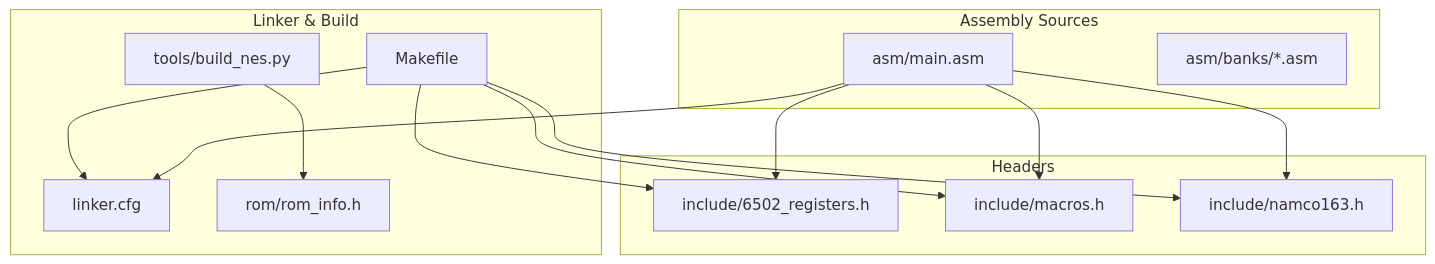
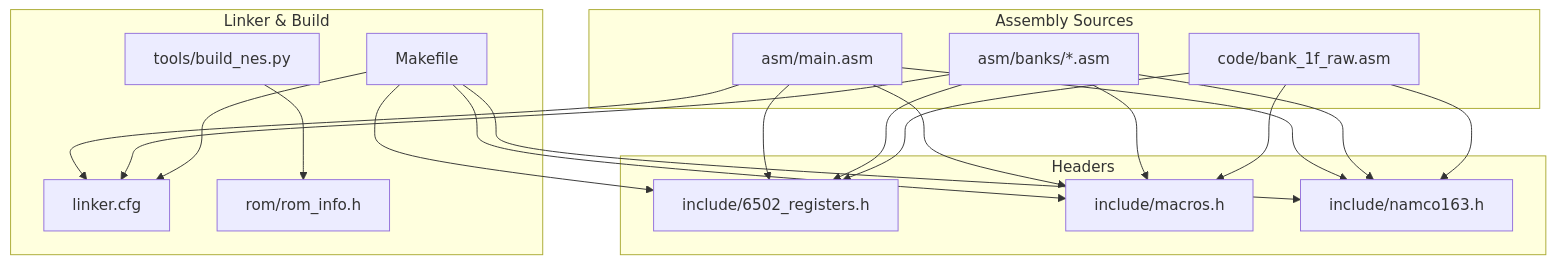
Before and after one commit to rabbyzero/sango2dasm: the first of 5 diagrams in .qoder/repowiki/en/content/Hardware Abstraction Layer/Hardware Abstraction Layer.md, drawn with Mermaid. The commit also changed other lines of this file and 9 other files, not shown here.

````diff
--- a/.qoder/repowiki/en/content/Hardware Abstraction Layer/Hardware Abstraction Layer.md
+++ b/.qoder/repowiki/en/content/Hardware Abstraction Layer/Hardware Abstraction Layer.md
@@ -41,27 +54,35 @@
 ```mermaid
 graph TB
 subgraph "Assembly Sources"
 MAIN["asm/main.asm"]
 BANKS["asm/banks/*.asm"]
+RAW["code/bank_1f_raw.asm"]
 end
 subgraph "Headers"
 REG["include/6502_registers.h"]
 MAC["include/macros.h"]
 NAM["include/namco163.h"]
 end
 subgraph "Linker & Build"
 LINKCFG["linker.cfg"]
 MAKE["Makefile"]
 BUILD["tools/build_nes.py"]
 INFO["rom/rom_info.h"]
 end
 MAIN --> REG
 MAIN --> MAC
 MAIN --> NAM
+BANKS --> REG
+BANKS --> MAC
+BANKS --> NAM
+RAW --> REG
+RAW --> MAC
+RAW --> NAM
 MAIN --> LINKCFG
+BANKS --> LINKCFG
 MAKE --> REG
 MAKE --> MAC
 MAKE --> NAM
 MAKE --> LINKCFG
 BUILD --> INFO
 ```
````
